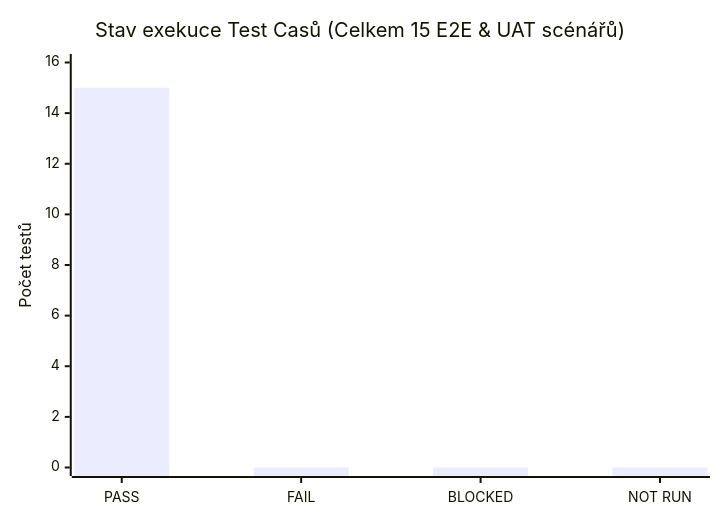
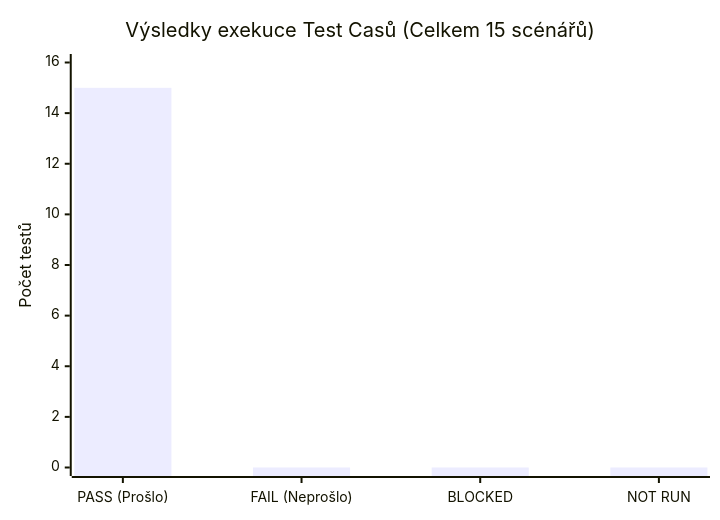
The first of 2 diagrams in docs/05-test-report.md (tomas-kansky/populon-automated-testing), drawn with Mermaid before and after one commit. The commit also changed other lines of this file and 6 other files, not shown here.

````diff
--- a/docs/05-test-report.md
+++ b/docs/05-test-report.md
@@ -68,7 +65,7 @@
 ```mermaid
 xychart-beta
-    title "Stav exekuce Test Casů (Celkem 15 E2E & UAT scénářů)"
-    x-axis ["PASS", "FAIL", "BLOCKED", "NOT RUN"]
+    title "Výsledky exekuce Test Casů (Celkem 15 scénářů)"
+    x-axis ["PASS (Prošlo)", "FAIL (Neprošlo)", "BLOCKED", "NOT RUN"]
     y-axis "Počet testů" 0 --> 16
     bar [15, 0, 0, 0]
 ```
````
